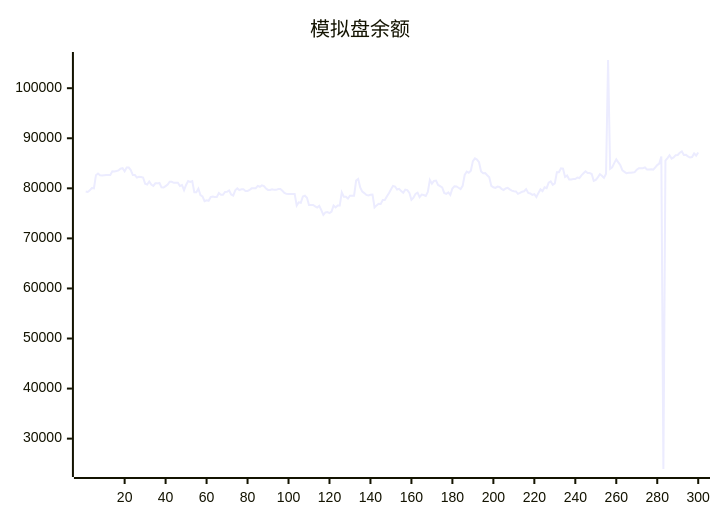
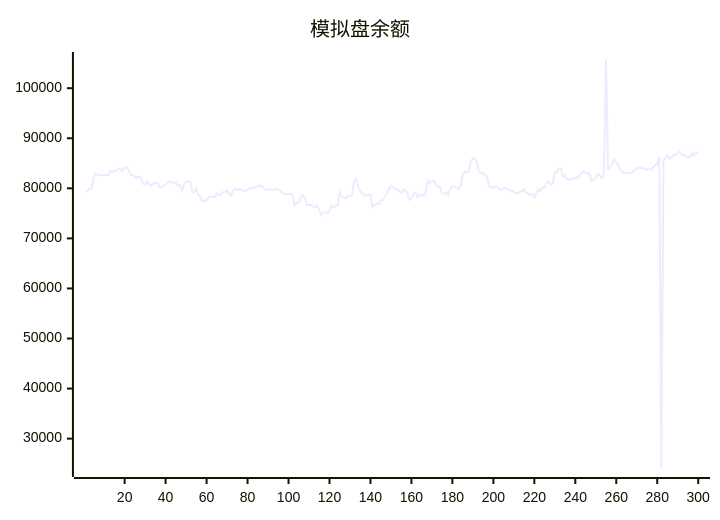
Before and after one commit to aahl/ai-trading: the diagram in README.md, drawn with Mermaid. The commit also changed other lines of this file and 1 other file, not shown here.

````diff
--- a/README.md
+++ b/README.md
@@ -5,5 +5,5 @@
 ```mermaid
 xychart
     title "模拟盘余额"
-    line [79372,79279,79591,80046,79993,82625,82950,82626,82571,82633,82670,82670,82681,83386,83378,83464,83579,83920,84037,83402,84160,84142,83652,82655,82655,82145,82315,82243,82163,80934,80770,81371,80742,80468,80989,80989,81067,80191,80155,80450,80737,81309,81309,81106,81119,81119,80471,80631,79624,80670,81448,81290,81429,79212,79222,79940,78643,78380,77432,77623,77504,78235,78358,78284,78277,79048,78714,78714,79290,79308,79567,78763,78563,79603,79988,79652,79813,79813,79476,79469,79673,79995,80015,80015,80486,80314,80600,80436,79966,79689,79689,79819,79692,79692,79850,79850,79518,79071,78889,78850,78850,78878,78878,76554,77202,77103,78357,78510,78106,76678,76677,76672,76411,76159,76485,75656,74695,75197,75246,75052,75334,76564,76179,76553,76551,79196,78300,78300,77944,78531,78531,78521,81564,81884,80160,79335,79055,78675,78580,78708,78764,76179,76586,76902,76876,77658,77669,78346,79023,79769,80497,80366,79761,79896,79448,79126,79749,79658,79097,77695,78114,78888,79126,78249,78738,78653,78478,79271,81680,80923,81488,81527,80681,80455,80190,79084,78879,79193,78686,79954,80403,80374,80118,79848,80491,82665,83351,83098,83525,85430,85983,85737,85221,83378,83014,83043,82613,82216,80477,80208,80081,80348,80277,79894,79670,79965,80093,79786,79542,79406,79371,78893,79087,79304,79406,79841,79072,78978,78696,78846,78272,79085,79787,79442,80198,80031,81120,81379,80718,80985,83214,83212,83993,83921,82270,82547,81776,81776,81866,81866,82158,82061,82596,83000,83408,83041,83050,82858,81503,81691,82188,82812,82517,82092,82901,105633,83898,84180,85030,85781,85178,84604,83569,83298,83008,83093,83107,83175,83228,83729,84025,84017,84019,84177,83775,83762,83785,83738,84160,84639,84939,86370,23934,85548,86046,86599,85942,86161,86622,86664,87115,87369,86666,86685,86384,86152,86243,86969,86548,87164]
+    line [79279,79591,80046,79993,82625,82950,82626,82571,82633,82670,82670,82681,83386,83378,83464,83579,83920,84037,83402,84160,84142,83652,82655,82655,82145,82315,82243,82163,80934,80770,81371,80742,80468,80989,80989,81067,80191,80155,80450,80737,81309,81309,81106,81119,81119,80471,80631,79624,80670,81448,81290,81429,79212,79222,79940,78643,78380,77432,77623,77504,78235,78358,78284,78277,79048,78714,78714,79290,79308,79567,78763,78563,79603,79988,79652,79813,79813,79476,79469,79673,79995,80015,80015,80486,80314,80600,80436,79966,79689,79689,79819,79692,79692,79850,79850,79518,79071,78889,78850,78850,78878,78878,76554,77202,77103,78357,78510,78106,76678,76677,76672,76411,76159,76485,75656,74695,75197,75246,75052,75334,76564,76179,76553,76551,79196,78300,78300,77944,78531,78531,78521,81564,81884,80160,79335,79055,78675,78580,78708,78764,76179,76586,76902,76876,77658,77669,78346,79023,79769,80497,80366,79761,79896,79448,79126,79749,79658,79097,77695,78114,78888,79126,78249,78738,78653,78478,79271,81680,80923,81488,81527,80681,80455,80190,79084,78879,79193,78686,79954,80403,80374,80118,79848,80491,82665,83351,83098,83525,85430,85983,85737,85221,83378,83014,83043,82613,82216,80477,80208,80081,80348,80277,79894,79670,79965,80093,79786,79542,79406,79371,78893,79087,79304,79406,79841,79072,78978,78696,78846,78272,79085,79787,79442,80198,80031,81120,81379,80718,80985,83214,83212,83993,83921,82270,82547,81776,81776,81866,81866,82158,82061,82596,83000,83408,83041,83050,82858,81503,81691,82188,82812,82517,82092,82901,105633,83898,84180,85030,85781,85178,84604,83569,83298,83008,83093,83107,83175,83228,83729,84025,84017,84019,84177,83775,83762,83785,83738,84160,84639,84939,86370,23934,85548,86046,86599,85942,86161,86622,86664,87115,87369,86666,86685,86384,86152,86243,86969,86548,87164,86885]
 ```
````
